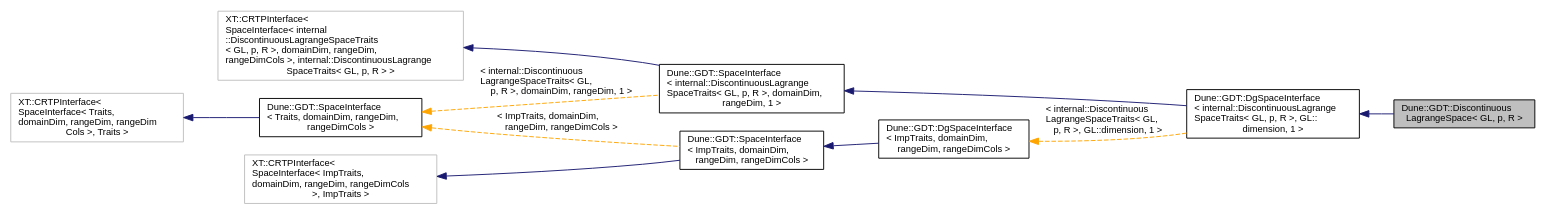
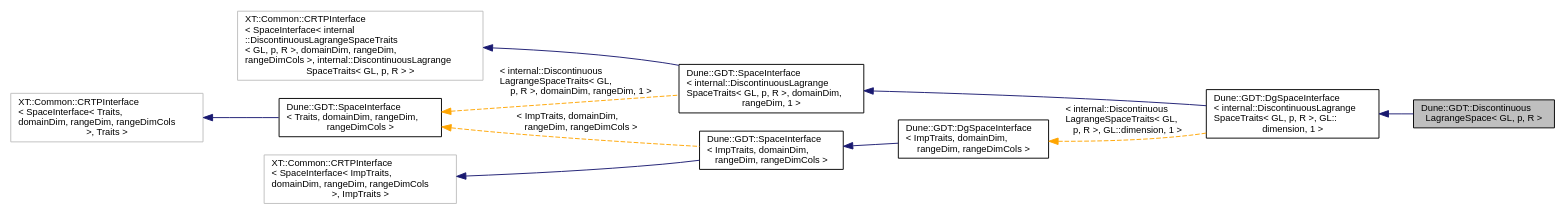
Before and after one commit to dune-community/dune-community.github.io: the diagram in docs/dune-gdt/master/a02564.dot, drawn with Graphviz. The commit also changed 1147 other files, not shown here.

```diff
--- a/docs/dune-gdt/master/a02564.dot
+++ b/docs/dune-gdt/master/a02564.dot
@@ -1,24 +1,24 @@
 digraph "Dune::GDT::DiscontinuousLagrangeSpace&lt; GL, p, R &gt;"
 {
   edge [fontname="Helvetica",fontsize="10",labelfontname="Helvetica",labelfontsize="10"];
   node [fontname="Helvetica",fontsize="10",shape=record];
   rankdir="LR";
   Node0 [label="Dune::GDT::Discontinuous\lLagrangeSpace\< GL, p, R \>",height=0.2,width=0.4,color="black", fillcolor="grey75", style="filled", fontcolor="black"];
   Node1 -> Node0 [dir="back",color="midnightblue",fontsize="10",style="solid",fontname="Helvetica"];
   Node1 [label="Dune::GDT::DgSpaceInterface\l\< internal::DiscontinuousLagrange\lSpaceTraits\< GL, p, R \>, GL::\ldimension, 1 \>",height=0.2,width=0.4,color="black", fillcolor="white", style="filled",URL="$a02593.html"];
   Node2 -> Node1 [dir="back",color="midnightblue",fontsize="10",style="solid",fontname="Helvetica"];
   Node2 [label="Dune::GDT::SpaceInterface\l\< internal::DiscontinuousLagrange\lSpaceTraits\< GL, p, R \>, domainDim,\l rangeDim, 1 \>",height=0.2,width=0.4,color="black", fillcolor="white", style="filled",URL="$a02709.html"];
   Node3 -> Node2 [dir="back",color="midnightblue",fontsize="10",style="solid",fontname="Helvetica"];
-  Node3 [label="XT::CRTPInterface\<\l SpaceInterface\< internal\l::DiscontinuousLagrangeSpaceTraits\l\< GL, p, R \>, domainDim, rangeDim,\l rangeDimCols \>, internal::DiscontinuousLagrange\lSpaceTraits\< GL, p, R \> \>",height=0.2,width=0.4,color="grey75", fillcolor="white", style="filled"];
+  Node3 [label="XT::Common::CRTPInterface\l\< SpaceInterface\< internal\l::DiscontinuousLagrangeSpaceTraits\l\< GL, p, R \>, domainDim, rangeDim,\l rangeDimCols \>, internal::DiscontinuousLagrange\lSpaceTraits\< GL, p, R \> \>",height=0.2,width=0.4,color="grey75", fillcolor="white", style="filled"];
   Node4 -> Node2 [dir="back",color="orange",fontsize="10",style="dashed",label=" \< internal::Discontinuous\lLagrangeSpaceTraits\< GL,\l p, R \>, domainDim, rangeDim, 1 \>" ,fontname="Helvetica"];
   Node4 [label="Dune::GDT::SpaceInterface\l\< Traits, domainDim, rangeDim,\l rangeDimCols \>",height=0.2,width=0.4,color="black", fillcolor="white", style="filled",URL="$a02709.html"];
   Node5 -> Node4 [dir="back",color="midnightblue",fontsize="10",style="solid",fontname="Helvetica"];
-  Node5 [label="XT::CRTPInterface\<\l SpaceInterface\< Traits,\l domainDim, rangeDim, rangeDim\lCols \>, Traits \>",height=0.2,width=0.4,color="grey75", fillcolor="white", style="filled"];
+  Node5 [label="XT::Common::CRTPInterface\l\< SpaceInterface\< Traits,\l domainDim, rangeDim, rangeDimCols\l \>, Traits \>",height=0.2,width=0.4,color="grey75", fillcolor="white", style="filled"];
   Node6 -> Node1 [dir="back",color="orange",fontsize="10",style="dashed",label=" \< internal::Discontinuous\lLagrangeSpaceTraits\< GL,\l p, R \>, GL::dimension, 1 \>" ,fontname="Helvetica"];
   Node6 [label="Dune::GDT::DgSpaceInterface\l\< ImpTraits, domainDim,\l rangeDim, rangeDimCols \>",height=0.2,width=0.4,color="black", fillcolor="white", style="filled",URL="$a02593.html"];
   Node7 -> Node6 [dir="back",color="midnightblue",fontsize="10",style="solid",fontname="Helvetica"];
   Node7 [label="Dune::GDT::SpaceInterface\l\< ImpTraits, domainDim,\l rangeDim, rangeDimCols \>",height=0.2,width=0.4,color="black", fillcolor="white", style="filled",URL="$a02709.html"];
   Node8 -> Node7 [dir="back",color="midnightblue",fontsize="10",style="solid",fontname="Helvetica"];
-  Node8 [label="XT::CRTPInterface\<\l SpaceInterface\< ImpTraits,\l domainDim, rangeDim, rangeDimCols\l \>, ImpTraits \>",height=0.2,width=0.4,color="grey75", fillcolor="white", style="filled"];
+  Node8 [label="XT::Common::CRTPInterface\l\< SpaceInterface\< ImpTraits,\l domainDim, rangeDim, rangeDimCols\l \>, ImpTraits \>",height=0.2,width=0.4,color="grey75", fillcolor="white", style="filled"];
   Node4 -> Node7 [dir="back",color="orange",fontsize="10",style="dashed",label=" \< ImpTraits, domainDim,\l rangeDim, rangeDimCols \>" ,fontname="Helvetica"];
 }
```
